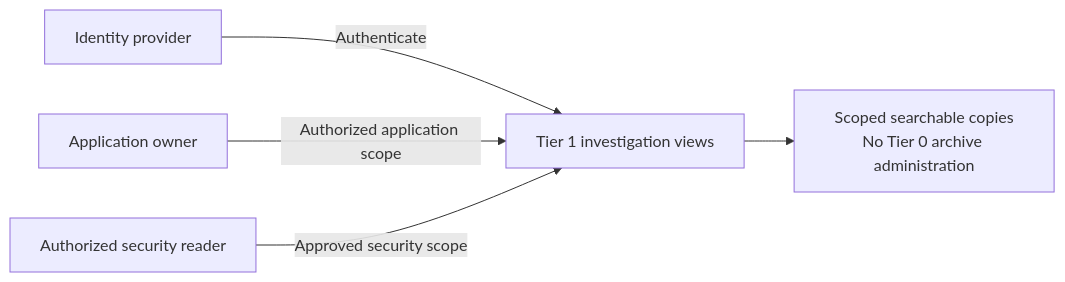
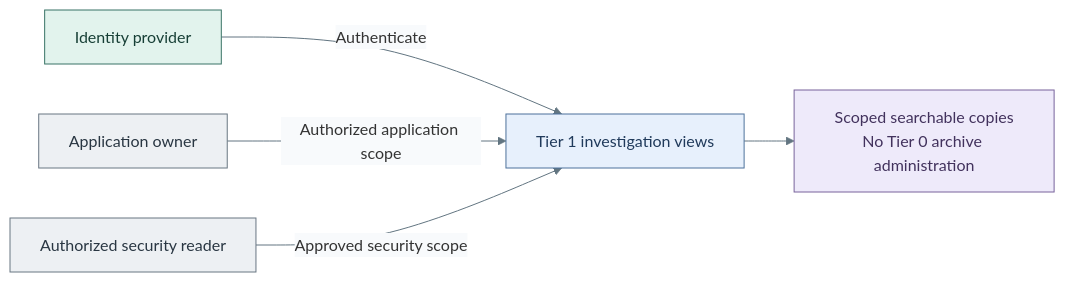
Before and after one commit to Rexus/homelab: the third of 3 diagrams in docs/deployment/stage-5-delivery/analytics.md, drawn with Mermaid. The commit also changed other lines of this file and 49 other files, not shown here.

Commit message:
docs(diagrams): clarify tier layouts and visual styles

````diff
--- a/docs/deployment/stage-5-delivery/analytics.md
+++ b/docs/deployment/stage-5-delivery/analytics.md
@@ -58,7 +72,17 @@
 ```mermaid
+%%{init: {"theme":"base","themeVariables":{"lineColor":"#627581","edgeLabelBackground":"#f8fafc"}}}%%
 flowchart LR
   Auth["Identity provider"] -->|Authenticate| UI["Tier 1 investigation views"]
   App["Application owner"] -->|Authorized application scope| UI
   Security["Authorized security reader"] -->|Approved security scope| UI
   UI --> Copies["Scoped searchable copies<br/>No Tier 0 archive administration"]
+  classDef default fill:#f8fafc,stroke:#64748b,color:#1f2937
+  classDef control fill:#e2f3ed,stroke:#397366,color:#173f36
+  classDef services fill:#e7f0fc,stroke:#4d719b,color:#203a5b
+  classDef actor fill:#edf0f3,stroke:#697682,color:#293642
+  classDef data fill:#eeeafa,stroke:#78639b,color:#42325d
+  class Auth control
+  class UI services
+  class App,Security actor
+  class Copies data
 ```
````
